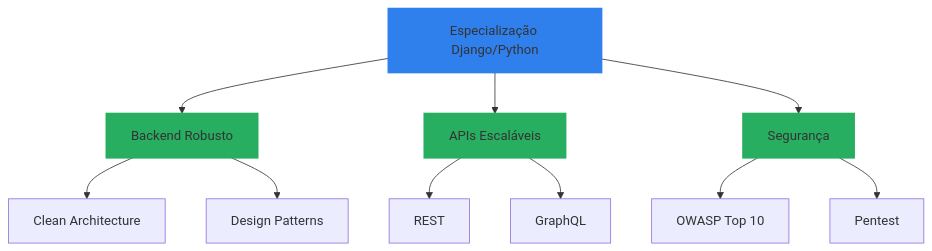
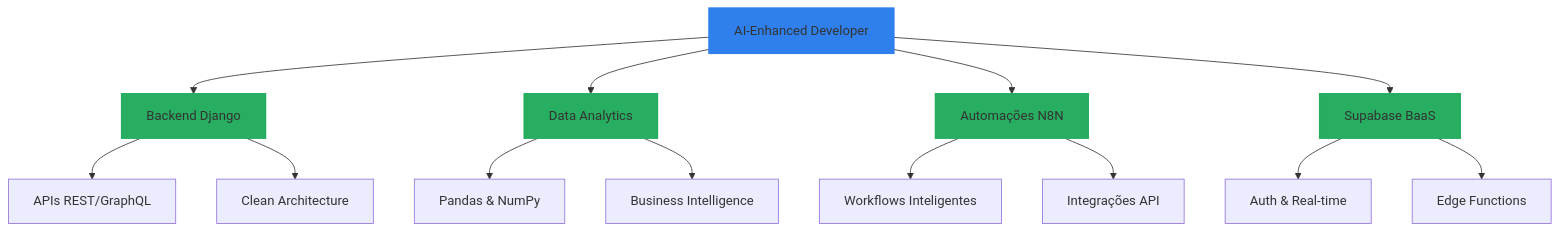
Before and after one commit to josejfs/josejfs: the diagram in README.md, drawn with Mermaid. The commit also changed other lines of this file, not shown here.

````diff
--- a/README.md
+++ b/README.md
@@ -83,20 +137,25 @@
 ```mermaid
 graph TD
-    A[Especialização Django/Python] --> B[Backend Robusto]
-    A --> C[APIs Escaláveis]
-    A --> D[Segurança]
+    A[AI-Enhanced Developer] --> B[Backend Django]
+    A --> C[Data Analytics]
+    A --> D[Automações N8N]
+    A --> E[Supabase BaaS]
     
-    B --> E[Clean Architecture]
-    B --> F[Design Patterns]
+    B --> F[APIs REST/GraphQL]
+    B --> G[Clean Architecture]
     
-    C --> G[REST]
-    C --> H[GraphQL]
+    C --> H[Pandas & NumPy]
+    C --> I[Business Intelligence]
     
-    D --> I[OWASP Top 10]
-    D --> J[Pentest]
+    D --> J[Workflows Inteligentes]
+    D --> K[Integrações API]
     
-    style A fill:#2f80ed,stroke:#2f80ed,stroke-width:2px
+    E --> L[Auth & Real-time]
+    E --> M[Edge Functions]
+    
+    style A fill:#2f80ed,stroke:#2f80ed,stroke-width:3px
     style B fill:#27ae60,stroke:#27ae60,stroke-width:2px
     style C fill:#27ae60,stroke:#27ae60,stroke-width:2px
     style D fill:#27ae60,stroke:#27ae60,stroke-width:2px
+    style E fill:#27ae60,stroke:#27ae60,stroke-width:2px
 ```
````
